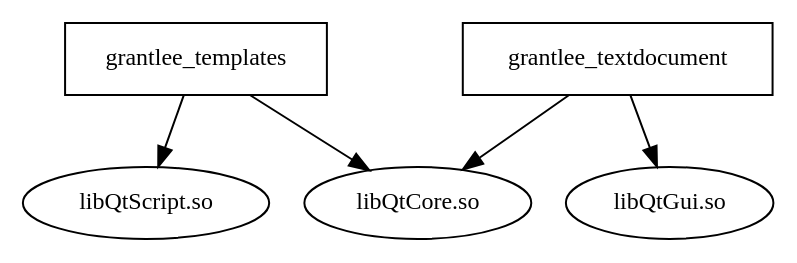
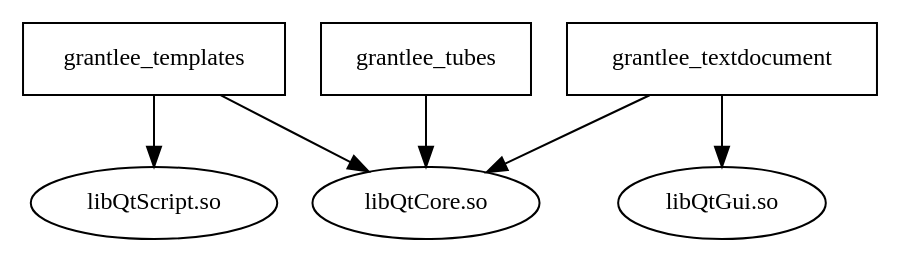
Before and after one commit to steveire/grantlee: the diagram in dox/moduledeps.dot, drawn with Graphviz. The commit also changed 11 other files, not shown here.

First line of the commit message:
Start the Grantlee::Tubes library.

```diff
--- a/dox/moduledeps.dot
+++ b/dox/moduledeps.dot
@@ -1,14 +1,16 @@
 digraph GG {
   node [
     fontsize = "12"
   ];
   "node27" [ label="libQtCore.so" shape="ellipse"];
   "node30" [ label="libQtGui.so" shape="ellipse"];
   "node28" [ label="libQtScript.so" shape="ellipse"];
   "node2" [ label="grantlee_templates" shape="polygon"];
   "node19" [ label="grantlee_textdocument" shape="polygon"];
+  "node20" [ label="grantlee_tubes" shape="polygon"];
   "node2" -> "node27"
   "node2" -> "node28"
   "node19" -> "node27"
   "node19" -> "node30"
+  "node20" -> "node27"
 }
```
